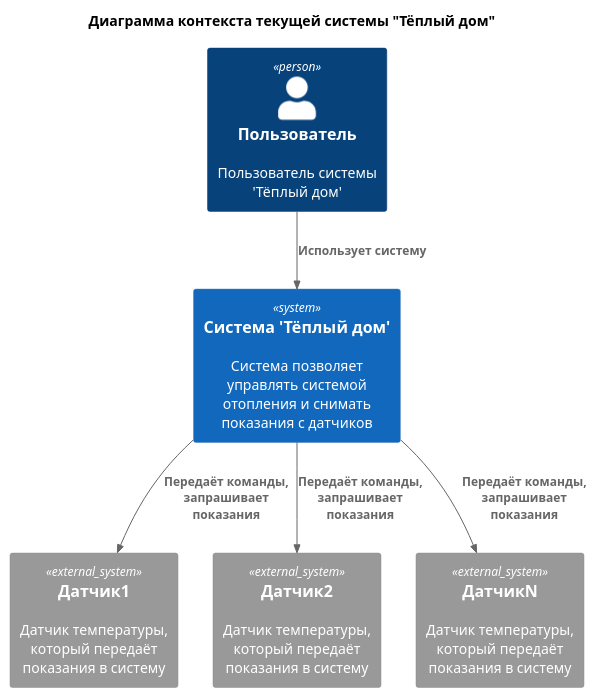
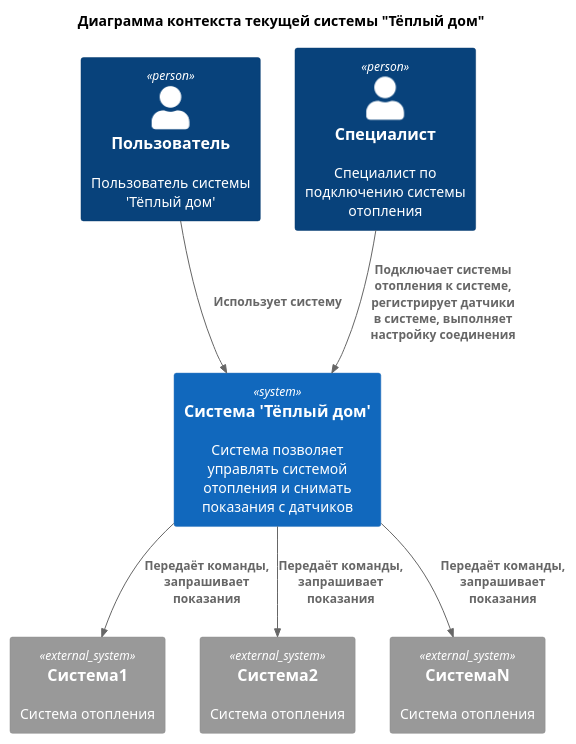
The diagram in с4/old-system-context.puml (hammer-for-you/architecture-warmhouse), drawn with PlantUML before and after one commit. The commit also changed 1 other file, not shown here.

```diff
--- a/с4/old-system-context.puml
+++ b/с4/old-system-context.puml
@@ -1,20 +1,23 @@
 @startuml
 title Диаграмма контекста текущей системы "Тёплый дом"
 
 top to bottom direction
 
 !includeurl https://raw.githubusercontent.com/RicardoNiepel/C4-PlantUML/master/C4_Component.puml
 
 Person(user, "Пользователь", "Пользователь системы 'Тёплый дом'")
+Person(connectionEngineer, "Специалист", "Специалист по подключению системы отопления")
+
 System(warmhouseSystem, "Система 'Тёплый дом'", "Система позволяет управлять системой отопления и снимать показания с датчиков")
 
-System_Ext(sensor1, "Датчик1", "Датчик температуры, который передаёт показания в систему")
-System_Ext(sensor2, "Датчик2", "Датчик температуры, который передаёт показания в систему")
-System_Ext(sensorN, "ДатчикN", "Датчик температуры, который передаёт показания в систему")
+System_Ext(heatingSystem1, "Система1", "Система отопления")
+System_Ext(heatingSystem2, "Система2", "Система отопления")
+System_Ext(heatingSystemN, "СистемаN", "Система отопления")
 
 Rel(user, warmhouseSystem, "Использует систему")
-Rel(warmhouseSystem, sensor1, "Передаёт команды, запрашивает показания")
-Rel(warmhouseSystem, sensor2, "Передаёт команды, запрашивает показания")
-Rel(warmhouseSystem, sensorN, "Передаёт команды, запрашивает показания")
+Rel(connectionEngineer, warmhouseSystem, "Подключает системы отопления к системе, регистрирует датчики в системе, выполняет настройку соединения")
+Rel(warmhouseSystem, heatingSystem1, "Передаёт команды, запрашивает показания")
+Rel(warmhouseSystem, heatingSystem2, "Передаёт команды, запрашивает показания")
+Rel(warmhouseSystem, heatingSystemN, "Передаёт команды, запрашивает показания")
 
 @enduml
```
